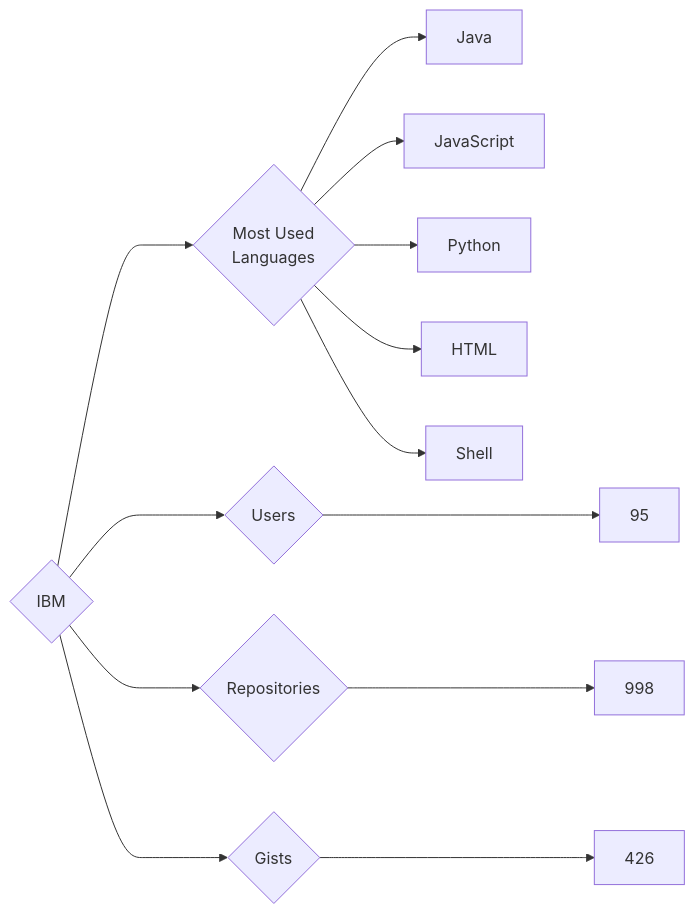
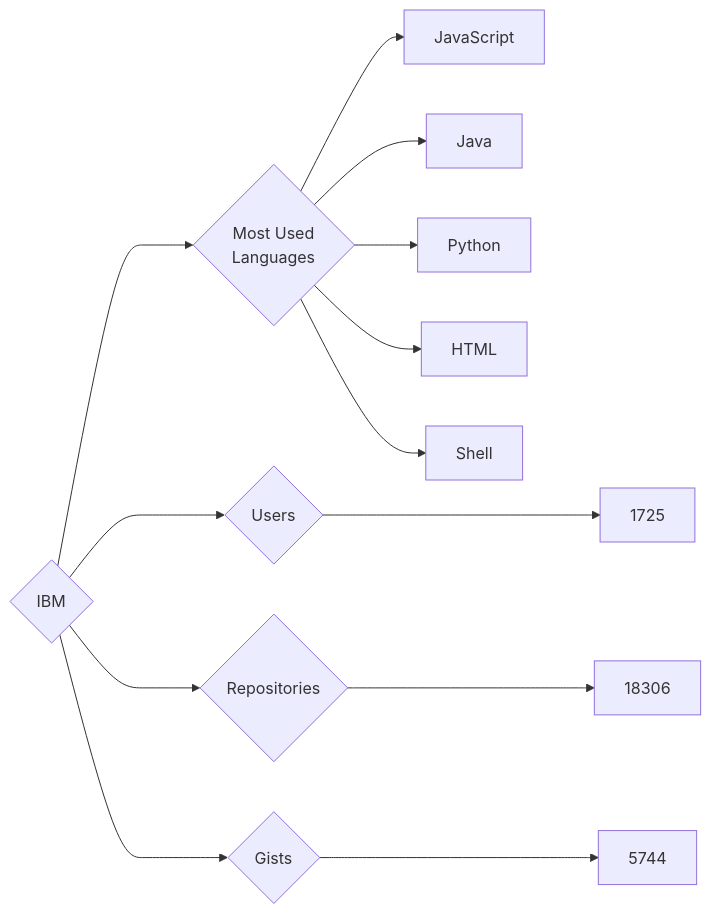
The diagram in targets/IBM/README.md (trickest/insiders), drawn with Mermaid before and after one commit. The commit also changed 699 other files, not shown here.

````diff
--- a/targets/IBM/README.md
+++ b/targets/IBM/README.md
@@ -3,13 +3,13 @@
 ```mermaid
 graph LR
 COMPANY_NAME{IBM}
-COMPANY_NAME ---> U{Users} ---> UN[95]
-COMPANY_NAME ---> R{Repositories} ---> RN[998]
-COMPANY_NAME ---> G{Gists} ---> GN[426]
+COMPANY_NAME ---> U{Users} ---> UN[1725]
+COMPANY_NAME ---> R{Repositories} ---> RN[18306]
+COMPANY_NAME ---> G{Gists} ---> GN[5744]
 COMPANY_NAME ---> ML{Most Used<br>Languages}
+ML --> JavaScript[JavaScript]
 ML --> Java[Java]
-ML --> JavaScript[JavaScript]
 ML --> Python[Python]
 ML --> HTML[HTML]
 ML --> Shell[Shell]
 ```
````
